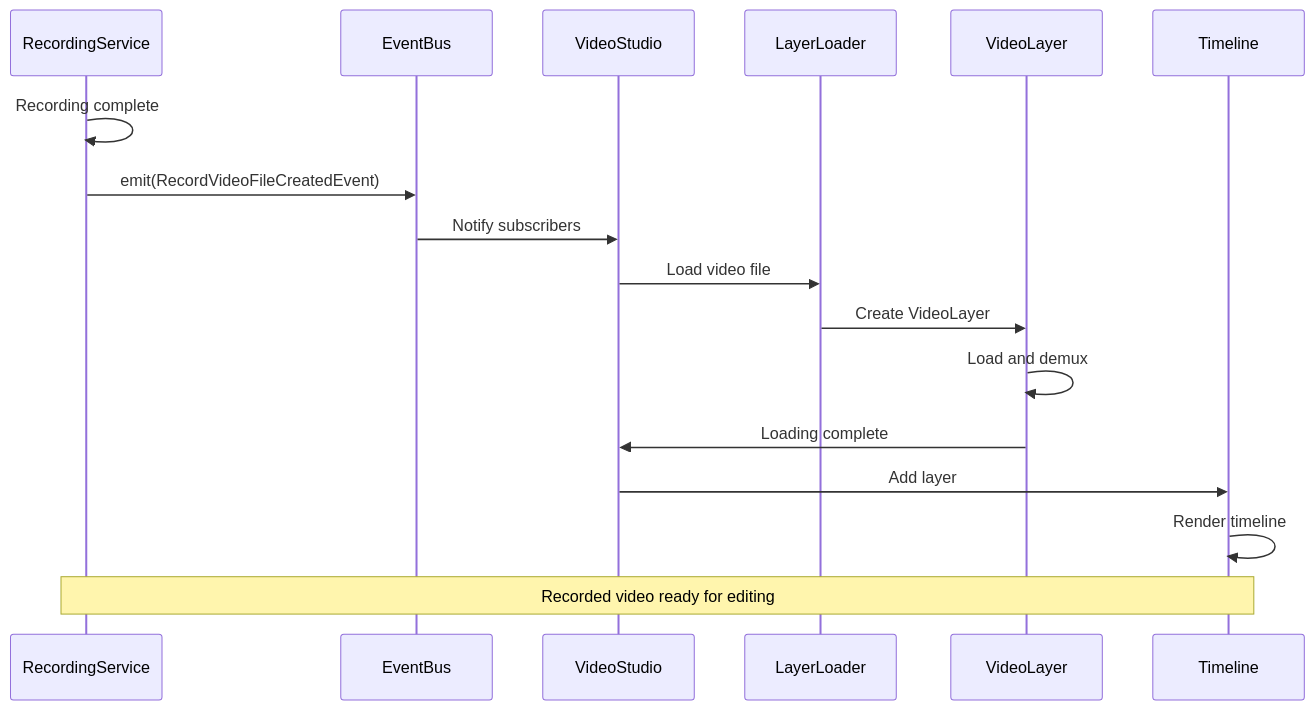
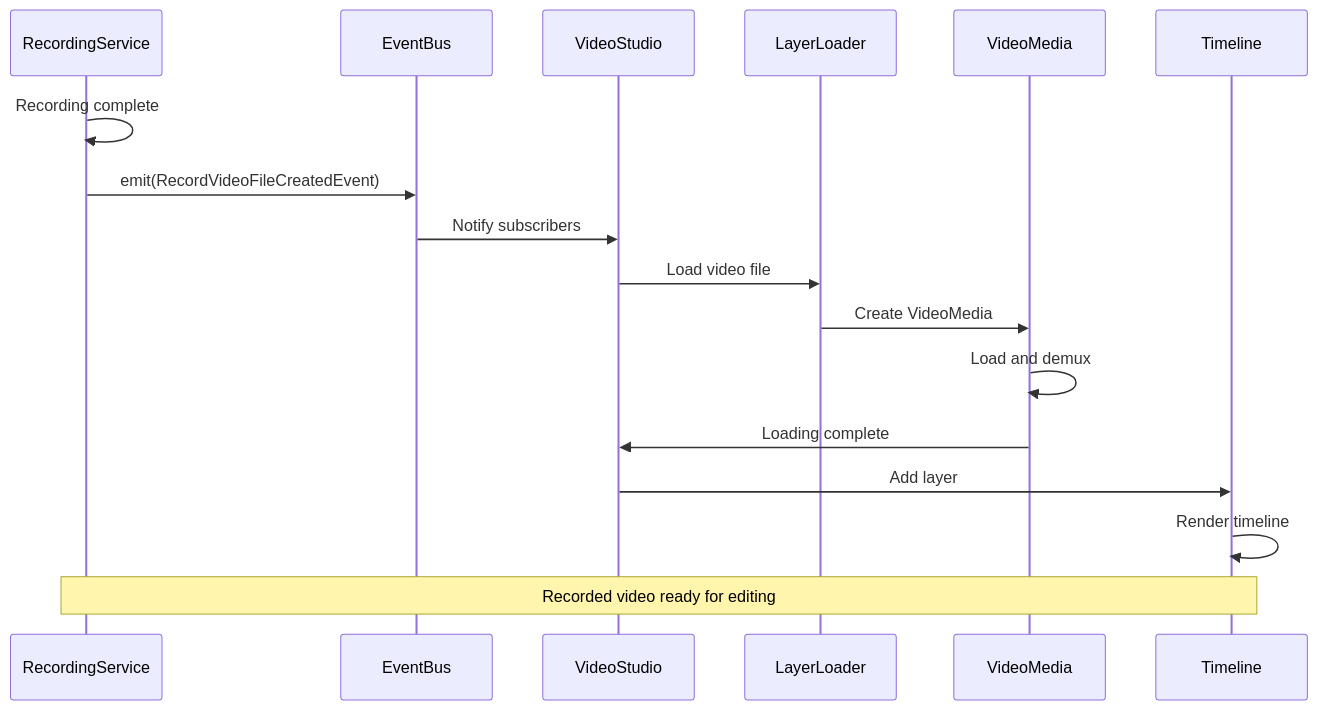
Before and after one commit to apssouza22/web-video-edit: the ninth of 9 diagrams in docs/architecture/06-recording-system.md, drawn with Mermaid. The commit also changed 30 other files, not shown here.

````diff
--- a/docs/architecture/06-recording-system.md
+++ b/docs/architecture/06-recording-system.md
@@ -653,24 +653,24 @@
 ```mermaid
 sequenceDiagram
     participant Record as RecordingService
     participant EventBus
     participant Studio as VideoStudio
     participant Loader as LayerLoader
-    participant VideoLayer
+    participant VideoMedia
     participant Timeline
 
     Record->>Record: Recording complete
     Record->>EventBus: emit(RecordVideoFileCreatedEvent)
     
     EventBus->>Studio: Notify subscribers
     Studio->>Loader: Load video file
     
-    Loader->>VideoLayer: Create VideoLayer
-    VideoLayer->>VideoLayer: Load and demux
+    Loader->>VideoMedia: Create VideoMedia
+    VideoMedia->>VideoMedia: Load and demux
     
-    VideoLayer->>Studio: Loading complete
+    VideoMedia->>Studio: Loading complete
     Studio->>Timeline: Add layer
     Timeline->>Timeline: Render timeline
     
     Note over Record,Timeline: Recorded video ready for editing
 ```
````
